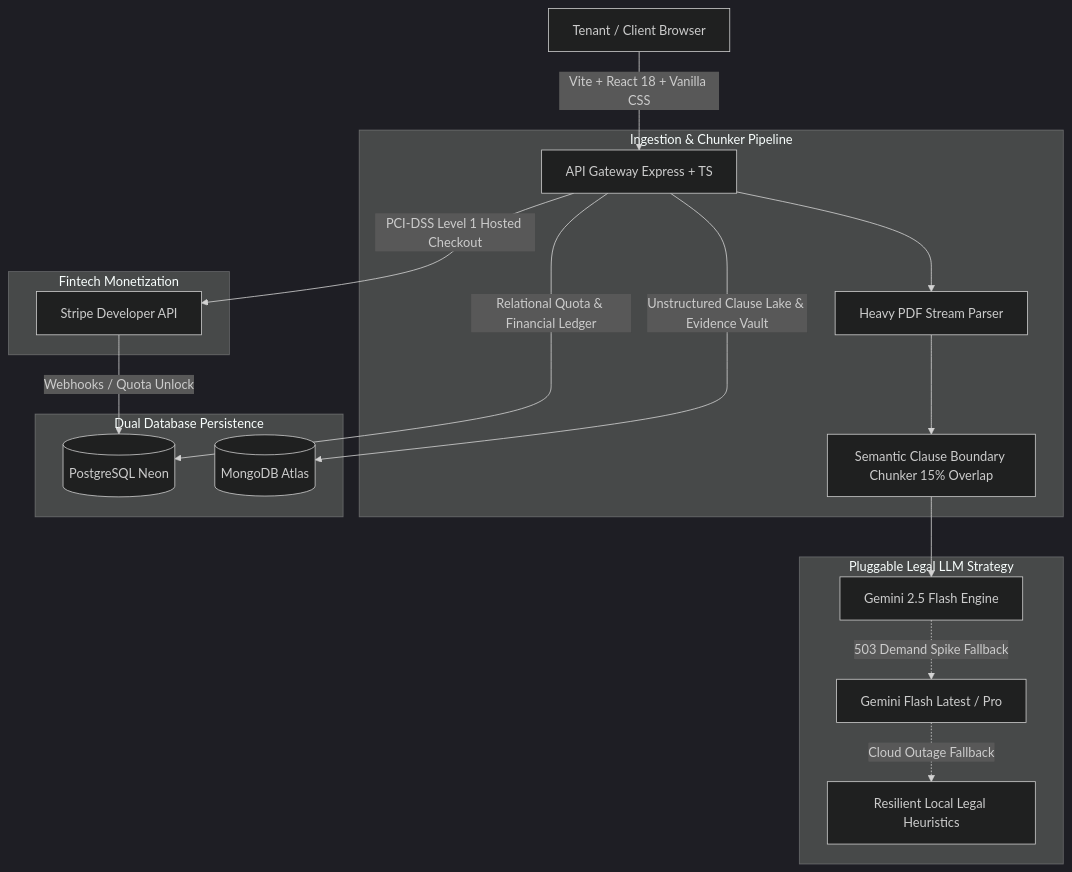
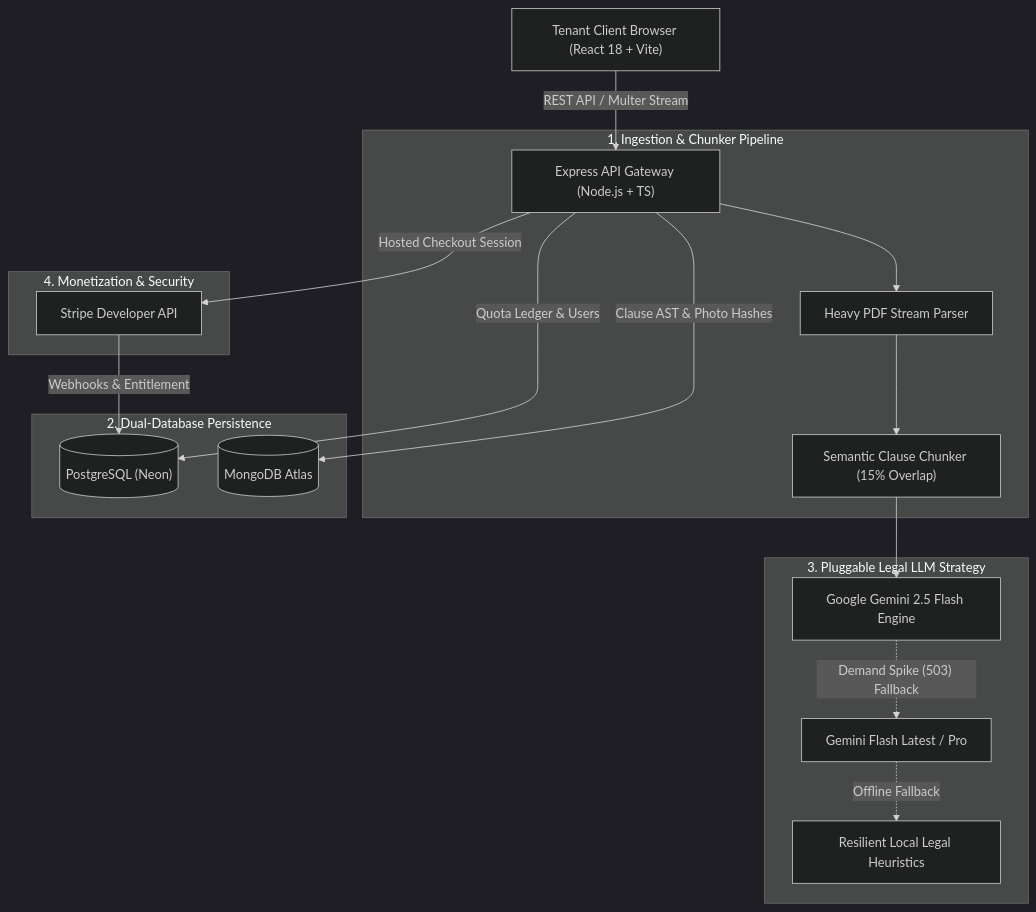
The diagram in README.md (prabhattopi/tenant-shield), drawn with Mermaid (dark theme) before and after one commit.

Commit message:
fix(docs): resolve Mermaid syntax error with strict label quoting

````diff
--- a/README.md
+++ b/README.md
@@ -26,25 +26,25 @@
 ```mermaid
 graph TD
-    A[Tenant / Client Browser] -->|Vite + React 18 + Vanilla CSS| B[API Gateway Express + TS]
+    A["Tenant Client Browser (React 18 + Vite)"] -->|"REST API / Multer Stream"| B["Express API Gateway (Node.js + TS)"]
     
-    subgraph "Ingestion & Chunker Pipeline"
-        B --> C[Heavy PDF Stream Parser]
-        C --> D[Semantic Clause Boundary Chunker 15% Overlap]
+    subgraph Ingestion["1. Ingestion & Chunker Pipeline"]
+        B --> C["Heavy PDF Stream Parser"]
+        C --> D["Semantic Clause Chunker (15% Overlap)"]
     end
 
-    subgraph "Dual Database Persistence"
-        B -->|Relational Quota & Financial Ledger| E[(PostgreSQL Neon)]
-        B -->|Unstructured Clause Lake & Evidence Vault| F[(MongoDB Atlas)]
+    subgraph Storage["2. Dual-Database Persistence"]
+        B -->|"Quota Ledger & Users"| E[("PostgreSQL (Neon)")]
+        B -->|"Clause AST & Photo Hashes"| F[("MongoDB Atlas")]
     end
 
-    subgraph "Pluggable Legal LLM Strategy"
-        D --> G[Gemini 2.5 Flash Engine]
-        G -.->|503 Demand Spike Fallback| H[Gemini Flash Latest / Pro]
-        H -.->|Cloud Outage Fallback| I[Resilient Local Legal Heuristics]
+    subgraph LLM["3. Pluggable Legal LLM Strategy"]
+        D --> G["Google Gemini 2.5 Flash Engine"]
+        G -.->|"Demand Spike (503) Fallback"| H["Gemini Flash Latest / Pro"]
+        H -.->|"Offline Fallback"| I["Resilient Local Legal Heuristics"]
     end
 
-    subgraph "Fintech Monetization"
-        B -->|PCI-DSS Level 1 Hosted Checkout| J[Stripe Developer API]
-        J -->|Webhooks / Quota Unlock| E
+    subgraph Fintech["4. Monetization & Security"]
+        B -->|"Hosted Checkout Session"| J["Stripe Developer API"]
+        J -->|"Webhooks & Entitlement"| E
     end
 ```
````
